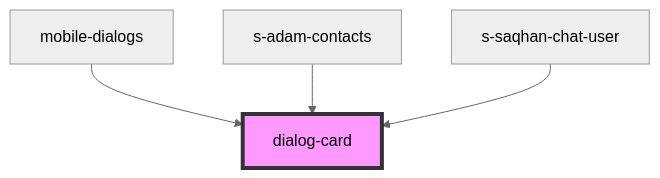
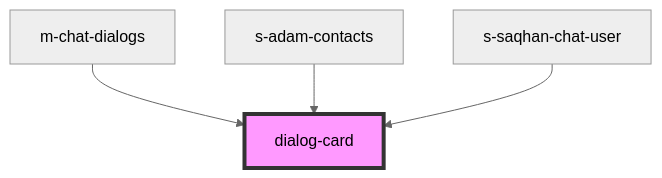
One commit to saqhan/stencil-chat changed the diagram in src/components/shared/dialog-card/readme.md. Above: the diagram before and after it, drawn with Mermaid (neutral theme). The commit also changed other lines of this file and 16 other files, not shown here.

````diff
--- a/src/components/shared/dialog-card/readme.md
+++ b/src/components/shared/dialog-card/readme.md
@@ -32,7 +32,7 @@
 ```mermaid
 graph TD;
-  mobile-dialogs --> dialog-card
+  m-chat-dialogs --> dialog-card
   s-adam-contacts --> dialog-card
   s-saqhan-chat-user --> dialog-card
   style dialog-card fill:#f9f,stroke:#333,stroke-width:4px
 ```
````
